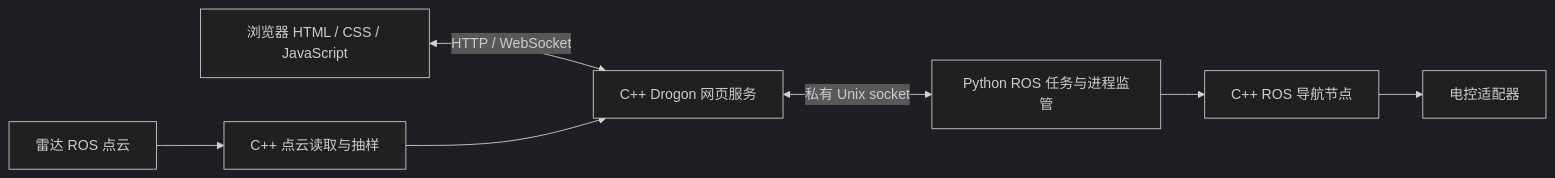
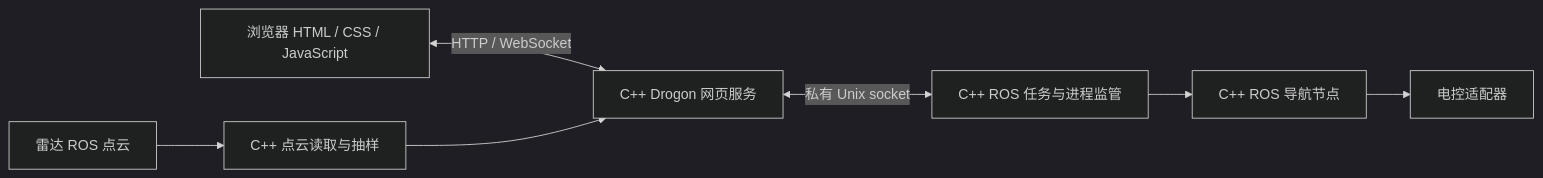
The diagram in deployment/网页架构.md (chenkl112/shaoshao-hw), drawn with Mermaid (dark theme) before and after one commit. The commit also changed other lines of this file and 33 other files, not shown here.

````diff
--- a/deployment/网页架构.md
+++ b/deployment/网页架构.md
@@ -7,9 +7,9 @@
 ```mermaid
 flowchart LR
   B[浏览器 HTML / CSS / JavaScript] <-->|HTTP / WebSocket| W[C++ Drogon 网页服务]
   L[雷达 ROS 点云] --> T[C++ 点云读取与抽样]
   T --> W
-  W <-->|私有 Unix socket| P[Python ROS 任务与进程监管]
+  W <-->|私有 Unix socket| P[C++ ROS 任务与进程监管]
   P --> N[C++ ROS 导航节点]
   N --> M[电控适配器]
 ```
````
